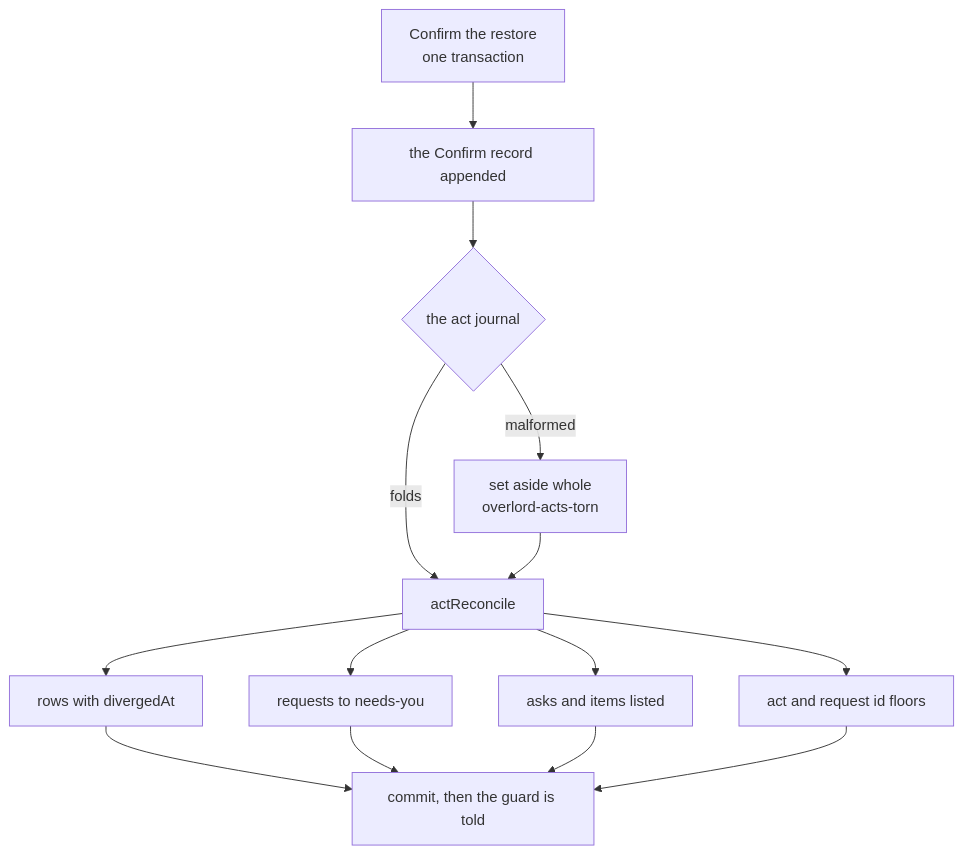
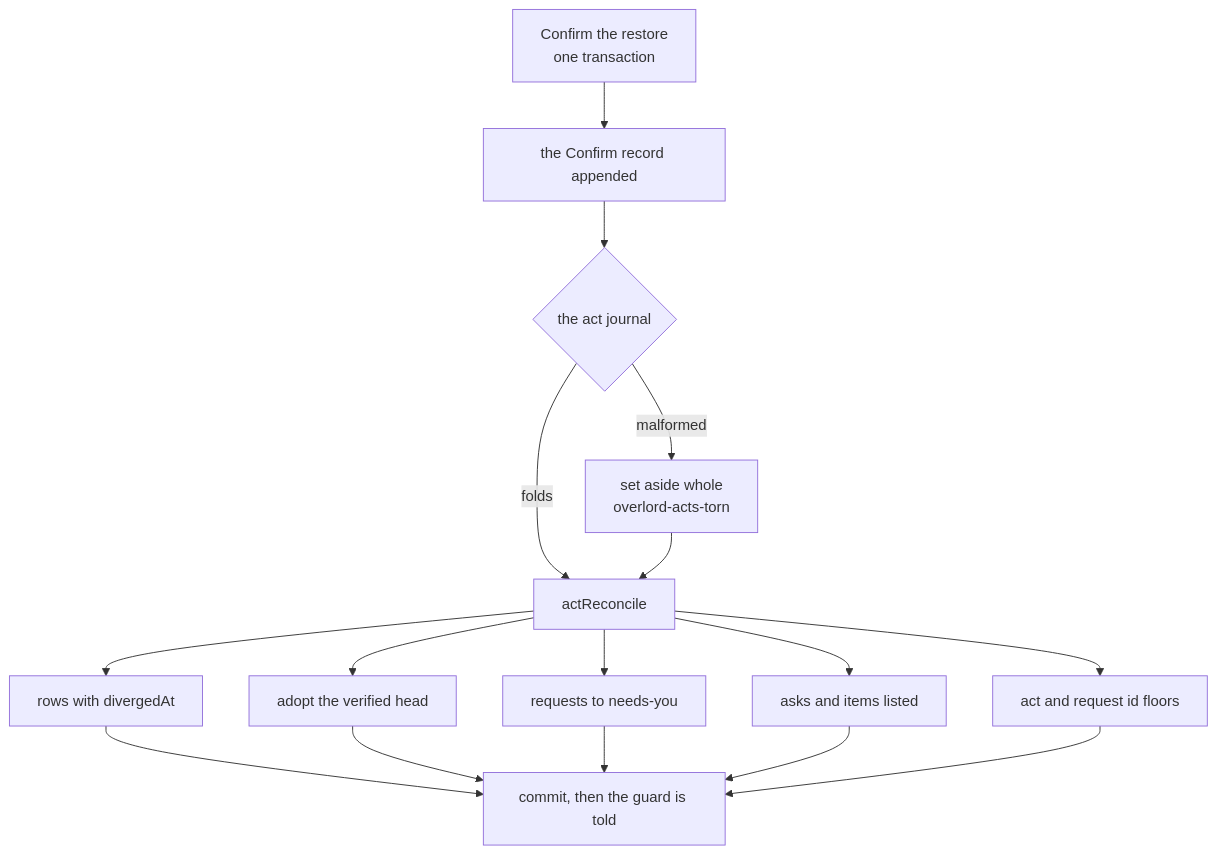
One commit to Synapsium-Labs/ccrc-pwa changed the second of 2 diagrams in docs/superpowers/plans/2026-11-16-overlord-w2/w2-act-journal.md. Above: the diagram before and after it, drawn with Mermaid. The commit also changed other lines of this file and 1 other file, not shown here.

````diff
--- a/docs/superpowers/plans/2026-11-16-overlord-w2/w2-act-journal.md
+++ b/docs/superpowers/plans/2026-11-16-overlord-w2/w2-act-journal.md
@@ -419,16 +455,18 @@
 ```mermaid
 flowchart TD
   C["Confirm the restore<br/>one transaction"] --> AR["the Confirm record appended"]
   AR --> F{"the act journal"}
   F -->|"folds"| P["actReconcile"]
   F -->|"malformed"| CUT["set aside whole<br/>overlord-acts-torn"]
   CUT --> P
   P --> D["rows with divergedAt"]
   P --> R["requests to needs-you"]
   P --> L["asks and items listed"]
   P --> FL["act and request id floors"]
+  P --> AH["adopt the verified head"]
   D --> DONE["commit, then the guard is told"]
+  AH --> DONE
   R --> DONE
   L --> DONE
   FL --> DONE
 ```
````
